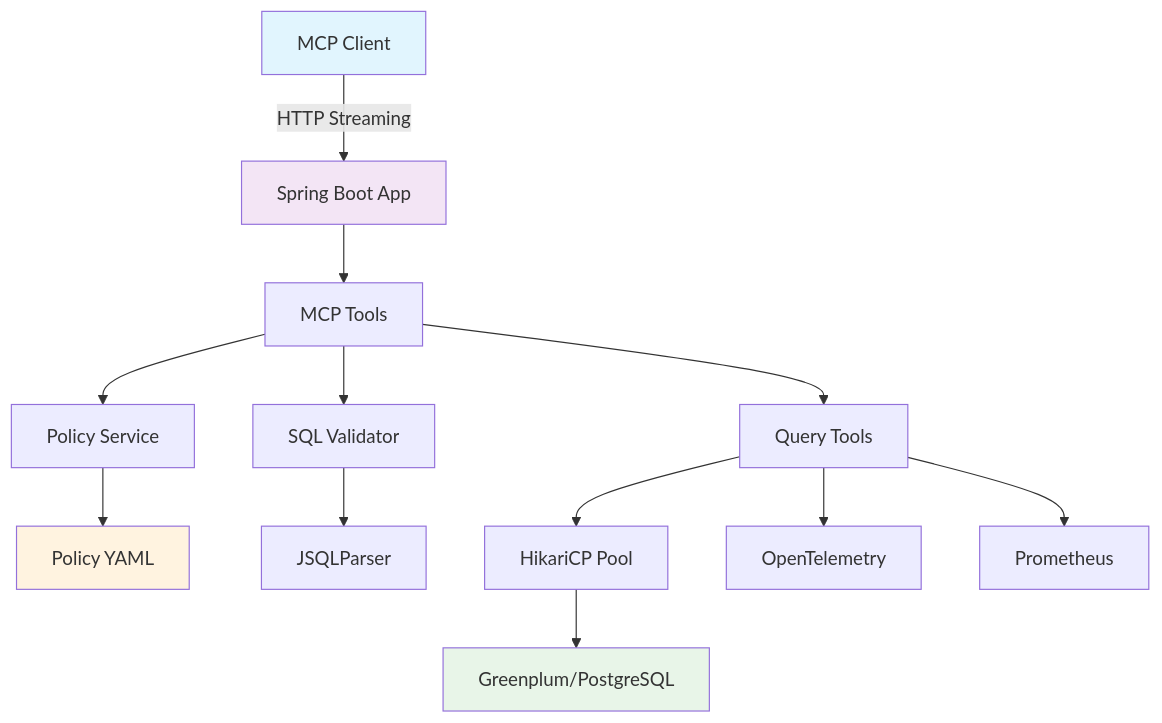
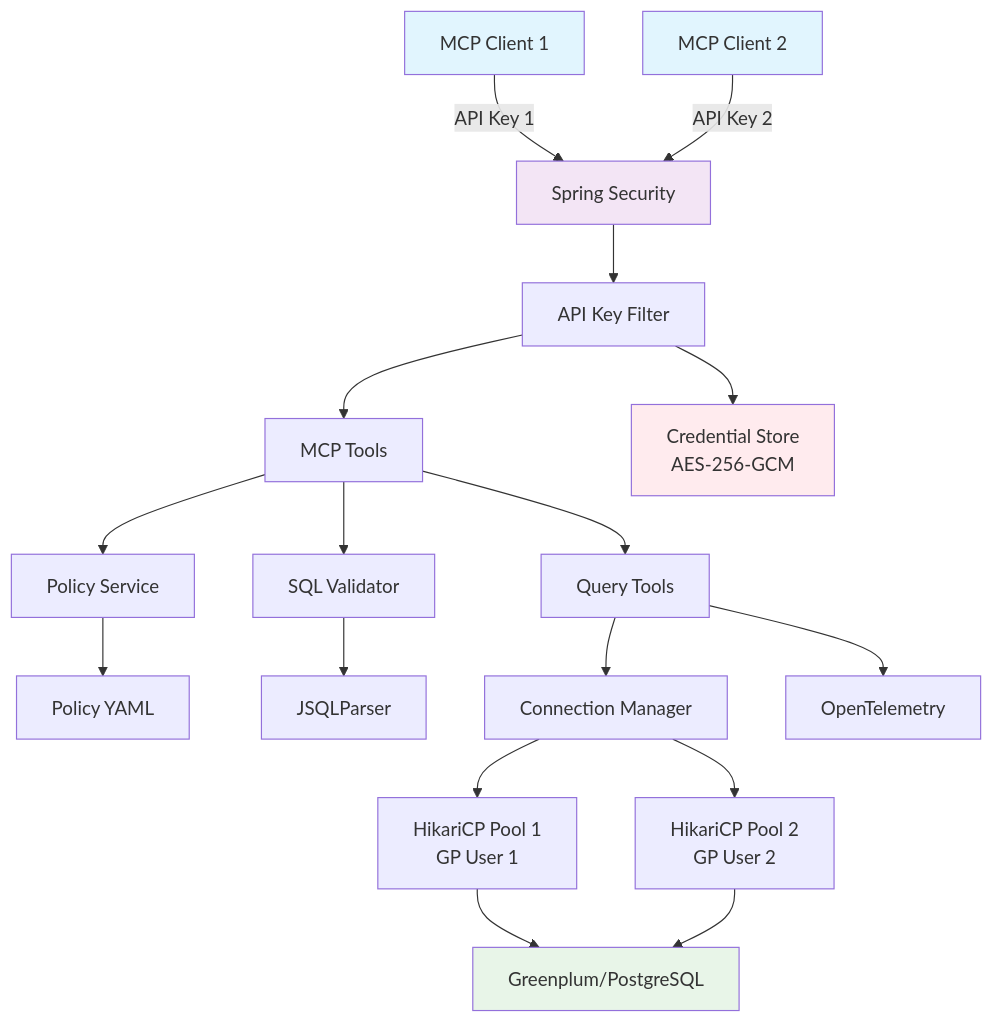
Before and after one commit to dbbaskette/gp-mcp-server: the diagram in README.md, drawn with Mermaid. The commit also changed other lines of this file and 31 other files, not shown here.

````diff
--- a/README.md
+++ b/README.md
@@ -76,20 +78,26 @@
 ```mermaid
 graph TB
-    A[MCP Client] -->|HTTP Streaming| B[Spring Boot App]
-    B --> C[MCP Tools]
-    C --> D[Policy Service]
-    C --> E[SQL Validator]
-    C --> F[Query Tools]
-    F --> G[HikariCP Pool]
-    G --> H[Greenplum/PostgreSQL]
-    
-    D --> I[Policy YAML]
-    E --> J[JSQLParser]
-    F --> K[OpenTelemetry]
-    F --> L[Prometheus]
-    
+    A[MCP Client 1] -->|API Key 1| B[Spring Security]
+    C[MCP Client 2] -->|API Key 2| B
+    B --> D[API Key Filter]
+    D --> E[MCP Tools]
+    E --> F[Policy Service]
+    E --> G[SQL Validator]
+    E --> H[Query Tools]
+    H --> I[Connection Manager]
+    I --> J[HikariCP Pool 1<br/>GP User 1]
+    I --> K[HikariCP Pool 2<br/>GP User 2]
+    J --> L[Greenplum/PostgreSQL]
+    K --> L
+
+    D --> M[Credential Store<br/>AES-256-GCM]
+    F --> N[Policy YAML]
+    G --> O[JSQLParser]
+    H --> P[OpenTelemetry]
+
     style A fill:#e1f5fe
+    style C fill:#e1f5fe
     style B fill:#f3e5f5
-    style H fill:#e8f5e8
-    style I fill:#fff3e0
+    style L fill:#e8f5e8
+    style M fill:#ffebee
 ```
````
